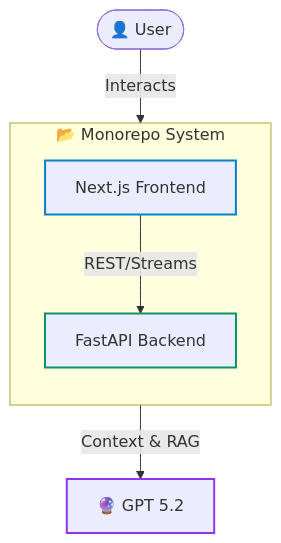
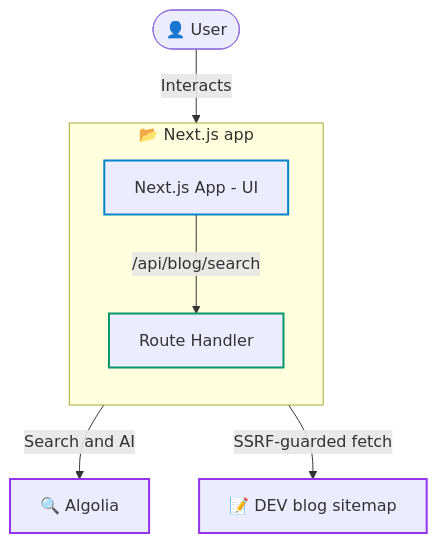
The diagram in ARCHITECTURE.md (anchildress1/system-notes), drawn with Mermaid before and after one commit. The commit also changed other lines of this file and 224 other files, not shown here.

````diff
--- a/ARCHITECTURE.md
+++ b/ARCHITECTURE.md
@@ -9,17 +9,20 @@
 ```mermaid
+%%{init: {'theme': 'default'}}%%
 graph TD
-    %% Theme-agnostic styling
+    accTitle: System Notes architecture
+    accDescr: A single Next.js app serves the UI and a blog-search route handler. The browser talks to Algolia for search and AI, and the route handler aggregates the DEV blog from an external sitemap behind an SSRF guard.
+
     classDef frontend stroke:#0284C7,stroke-width:2px;
     classDef backend stroke:#059669,stroke-width:2px;
     classDef external stroke:#9333EA,stroke-width:2px;
 
+    User([👤 User]) -->|Interacts| Web[Next.js App - UI]:::frontend
 
-    User([👤 User]) -->|Interacts| Web[Next.js Frontend]:::frontend
-
-    subgraph Monorepo [📂 Monorepo System]
+    subgraph App [📂 Next.js app]
         direction TB
-        Web -->|REST/Streams| API[FastAPI Backend]:::backend
+        Web -->|/api/blog/search| Route[Route Handler]:::backend
     end
 
-    API -->|Context & RAG| External["🔮 GPT 5.2"]:::external
+    Web -->|Search and AI| Algolia["🔍 Algolia"]:::external
+    Route -->|SSRF-guarded fetch| Blog["📝 DEV blog sitemap"]:::external
 ```
````
